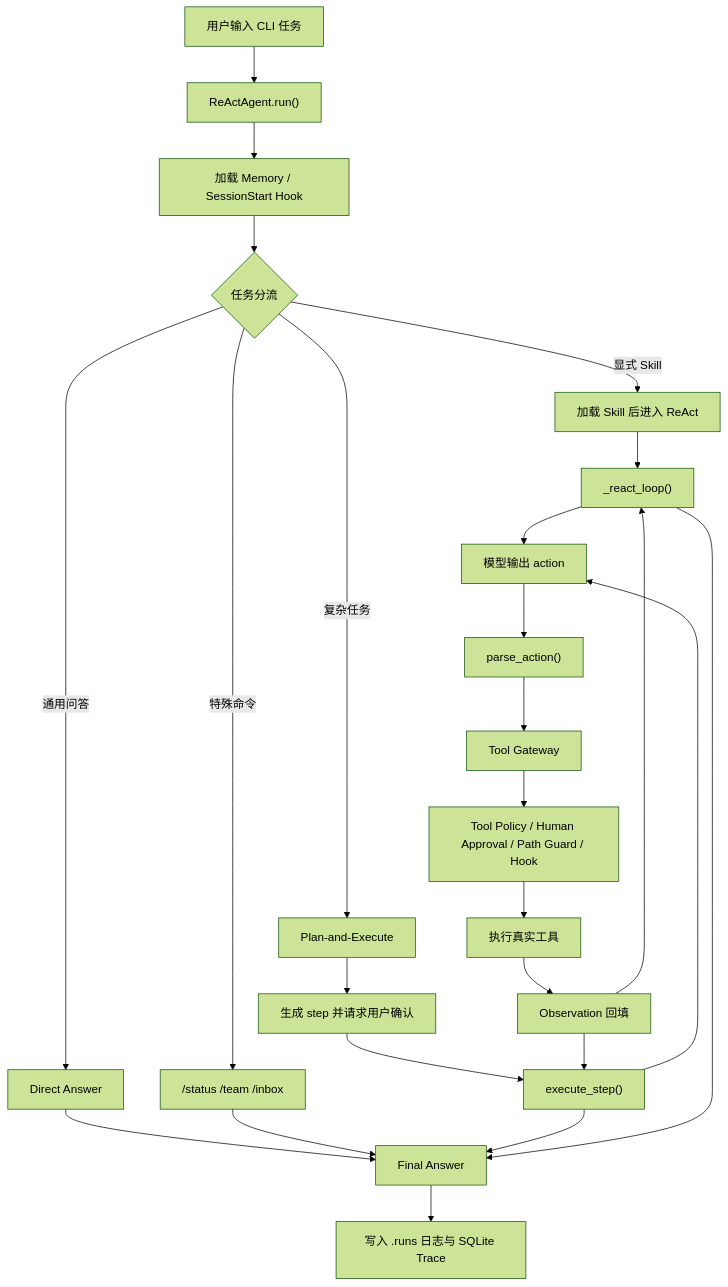
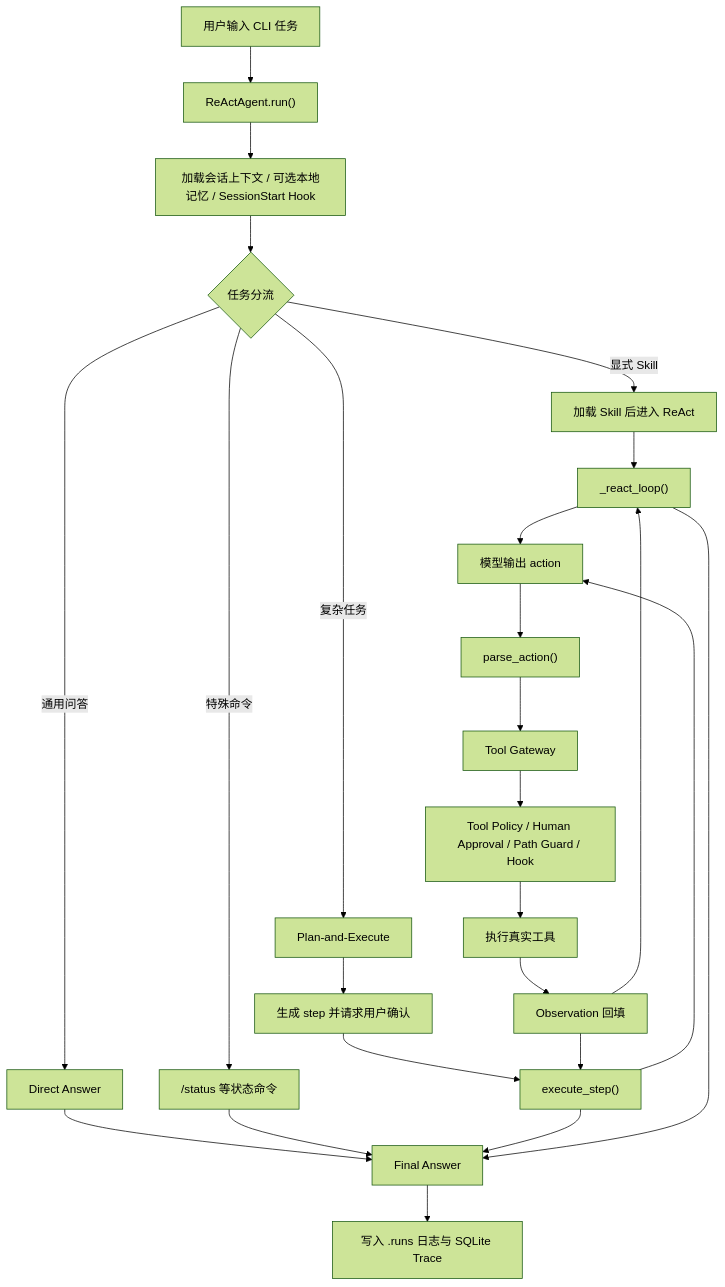
The diagram in README.md (yifanguo233-arch/python-react-agent-runtime), drawn with Mermaid (forest theme) before and after one commit. The commit also changed other lines of this file, not shown here.

````diff
--- a/README.md
+++ b/README.md
@@ -39,27 +39,27 @@
 ```mermaid
 flowchart TD
     A["用户输入 CLI 任务"] --> B["ReActAgent.run()"]
-    B --> C["加载 Memory / SessionStart Hook"]
+    B --> C["加载会话上下文 / 可选本地记忆 / SessionStart Hook"]
     C --> D{"任务分流"}
-    D -->|"特殊命令"| E["/status /team /inbox"]
+    D -->|"特殊命令"| E["/status 等状态命令"]
     D -->|"通用问答"| F["Direct Answer"]
     D -->|"显式 Skill"| G["加载 Skill 后进入 ReAct"]
     D -->|"复杂任务"| H["Plan-and-Execute"]
     H --> I["生成 step 并请求用户确认"]
     I --> J["execute_step()"]
     G --> K["_react_loop()"]
     J --> L["模型输出 action"]
     K --> L
     L --> M["parse_action()"]
     M --> N["Tool Gateway"]
     N --> O["Tool Policy / Human Approval / Path Guard / Hook"]
     O --> P["执行真实工具"]
     P --> Q["Observation 回填"]
     Q --> K
     Q --> J
     F --> R["Final Answer"]
     E --> R
     J --> R
     K --> R
     R --> S["写入 .runs 日志与 SQLite Trace"]
 ```
````
